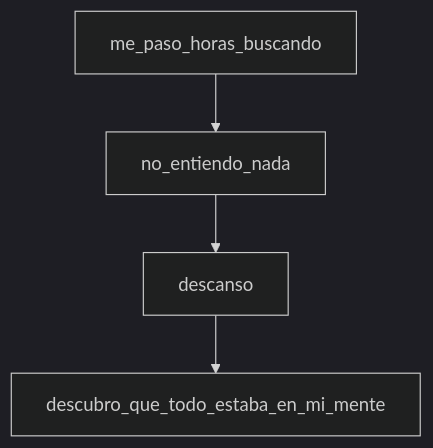
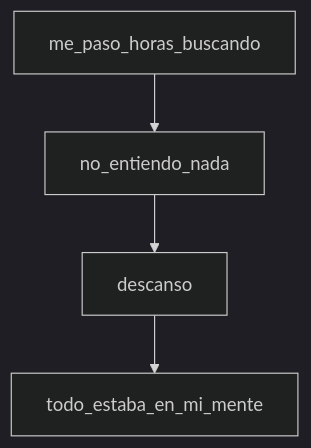
One commit to sofiaotero-ascii/mi_proyecto_tierno changed the diagram in README.md. Above: the diagram before and after it, drawn with Mermaid (dark theme).

````diff
--- a/README.md
+++ b/README.md
@@ -2,6 +2,6 @@
 ```mermaid
 graph TD;
     me_paso_horas_buscando-->no_entiendo_nada;
     no_entiendo_nada-->descanso;
-    descanso-->descubro_que_todo_estaba_en_mi_mente;
+    descanso-->todo_estaba_en_mi_mente;
  ```
````
